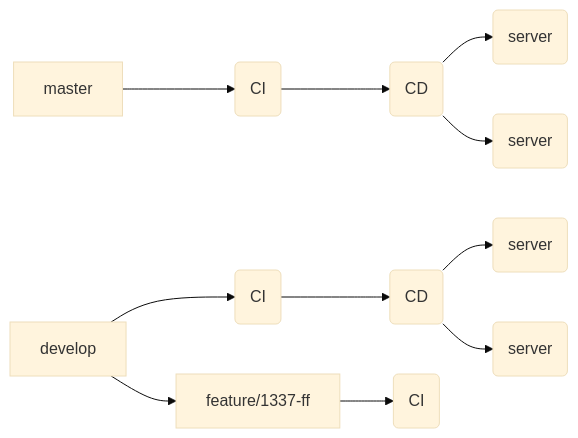
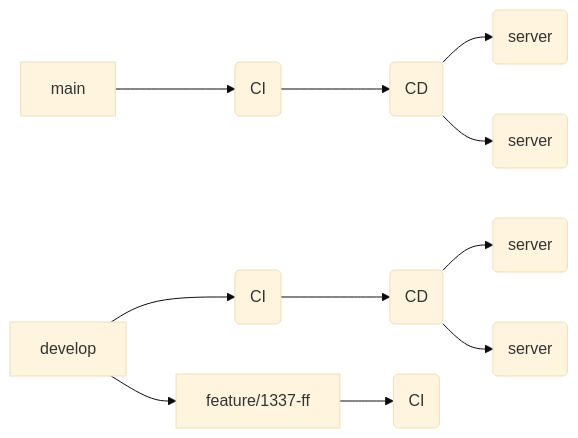
Before and after one commit to renuo/applications-setup-guide: the first of 2 diagrams in gitflow.md, drawn with Mermaid (base theme). The commit also changed other lines of this file and 8 other files, not shown here.

````diff
--- a/gitflow.md
+++ b/gitflow.md
@@ -9,12 +9,12 @@
 ```mermaid
 graph LR
-A[master] --> CI1(CI) --> CD1(CD)
+A[main] --> CI1(CI) --> CD1(CD)
 CD1(CD) --> S11(server)
 CD1(CD) --> S12(server)
 
     B[develop] --> CI2(CI) --> CD2(CD)
     CD2(CD) --> S21(server)
     CD2(CD) --> S22(server)
 
     B[develop] --> C[feature/1337-ff] --> CI3(CI)
 ```
````
